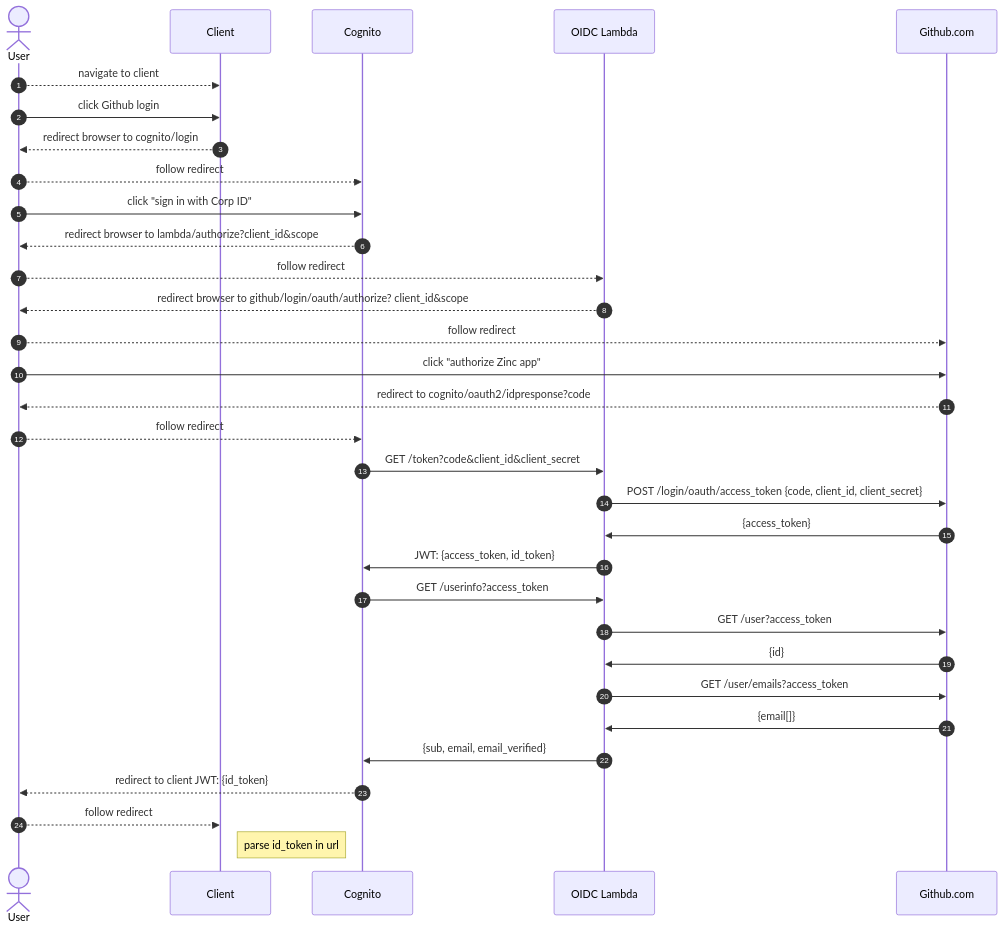
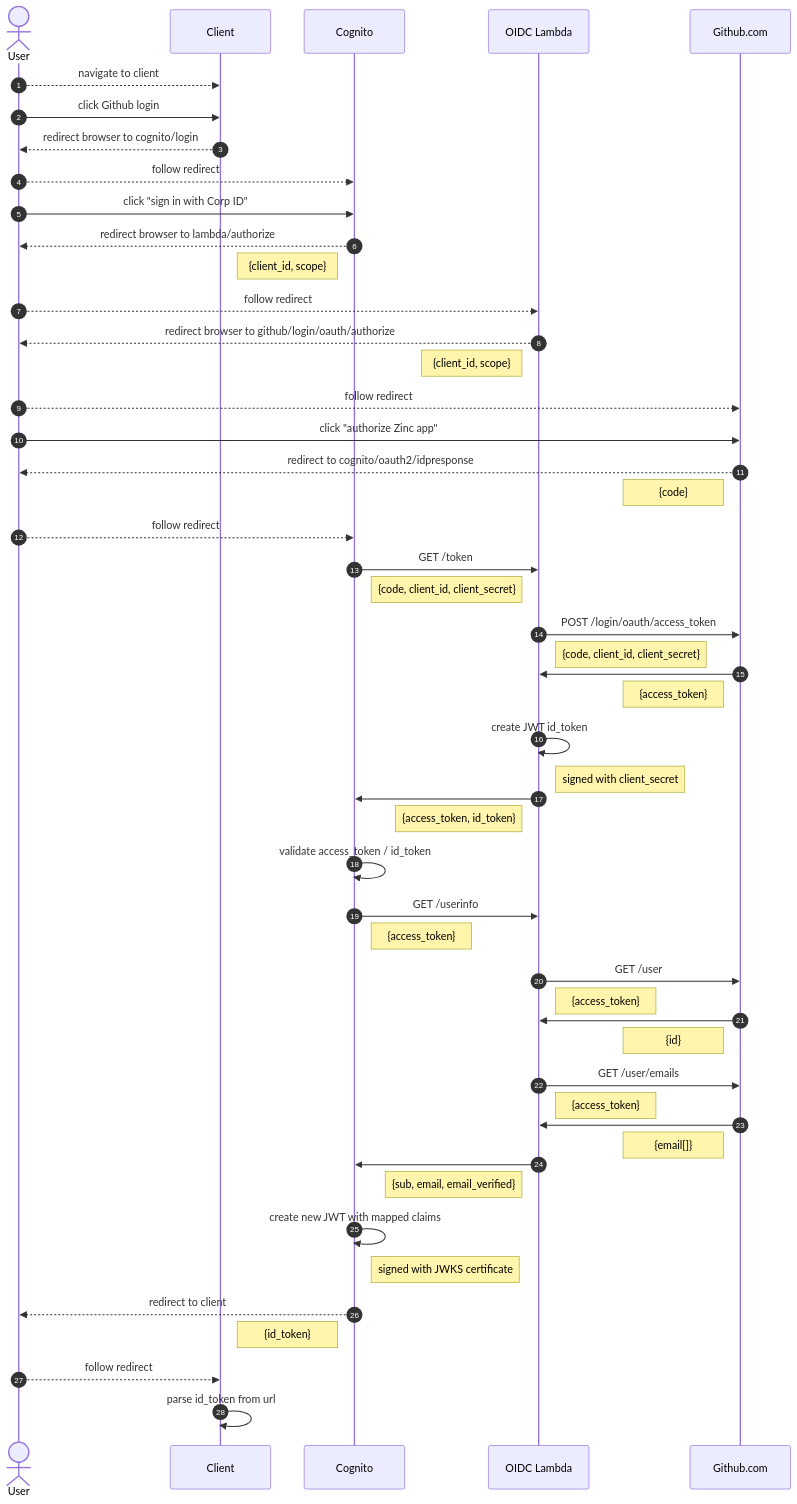
The diagram in aws-infra/lambda/doc/cognito-github.md (shorn/zinc), drawn with Mermaid before and after one commit.

````diff
--- a/aws-infra/lambda/doc/cognito-github.md
+++ b/aws-infra/lambda/doc/cognito-github.md
@@ -47,36 +47,55 @@
 ```mermaid
 sequenceDiagram
     autonumber
     actor user as User
     participant client as Client
     participant cognito as Cognito
     participant lambda as OIDC Lambda
     participant github as Github.com
     
     user-->>client: navigate to client
     user->>client: click Github login
     client-->>user: redirect browser to cognito/login
     user-->>cognito: follow redirect
     user->>cognito: click "sign in with Corp ID"
-    cognito-->>user: redirect browser to lambda/authorize?client_id&scope
+    cognito-->>user: redirect browser to lambda/authorize
+    note left of cognito: {client_id, scope}
     user-->>lambda: follow redirect
-    lambda-->>user: redirect browser to github/login/oauth/authorize? client_id&scope
+    lambda-->>user: redirect browser to github/login/oauth/authorize
+    note left of lambda: {client_id, scope}
     user-->>github: follow redirect
     user->>github: click "authorize Zinc app"
-    github-->>user: redirect to cognito/oauth2/idpresponse?code
+    github-->>user: redirect to cognito/oauth2/idpresponse
+    note left of github: {code}
     user-->>cognito: follow redirect
-    cognito->>lambda: GET /token?code&client_id&client_secret
-    lambda->>github: POST /login/oauth/access_token {code, client_id, client_secret}
-    github->>lambda: {access_token}
-    lambda->>cognito: JWT: {access_token, id_token}
-    cognito->>lambda: GET /userinfo?access_token
-    lambda->>github: GET /user?access_token
-    github->>lambda: {id}
-    lambda->>github: GET /user/emails?access_token
-    github->>lambda: {email[]}
-    lambda->>cognito: {sub, email, email_verified}
-    cognito-->>user: redirect to client JWT: {id_token}
+    cognito->>lambda: GET /token
+    note right of cognito: {code, client_id, client_secret}
+    lambda->>github: POST /login/oauth/access_token 
+    note right of lambda: {code, client_id, client_secret}
+    github->>lambda: 
+    note left of github: {access_token}
+    lambda->>lambda: create JWT id_token
+    note right of lambda: signed with client_secret
+    lambda->>cognito: 
+    note left of lambda: {access_token, id_token}    
+    cognito->>cognito: validate access_token / id_token
+    cognito->>lambda: GET /userinfo
+    note right of cognito: {access_token}
+    lambda->>github: GET /user
+    note right of lambda: {access_token}
+    github->>lambda: 
+    note left of github: {id}
+    lambda->>github: GET /user/emails
+    note right of lambda: {access_token}
+    github->>lambda: 
+    note left of github: {email[]}
+    lambda->>cognito: 
+    note left of lambda: {sub, email, email_verified}
+    cognito->>cognito: create new JWT with mapped claims
+    note right of cognito: signed with JWKS certificate
+    cognito-->>user: redirect to client
+    note left of cognito: {id_token}
     user-->>client: follow redirect
-    Note right of client: parse id_token in url
+    client->>client: parse id_token from url
 
 ```
````
